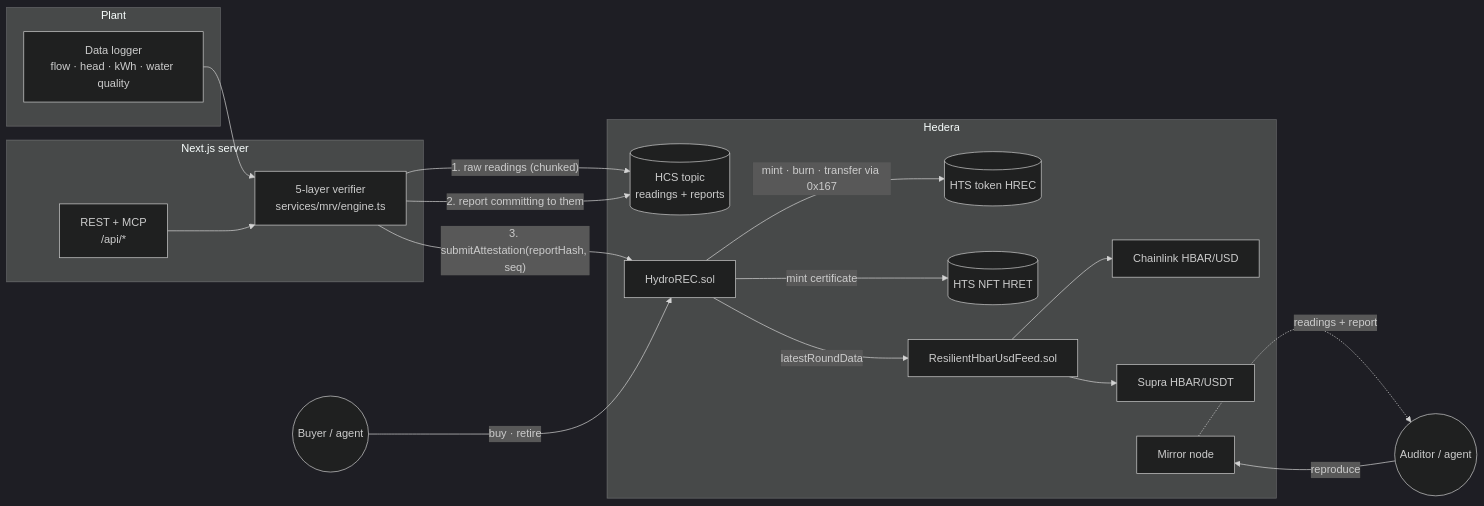
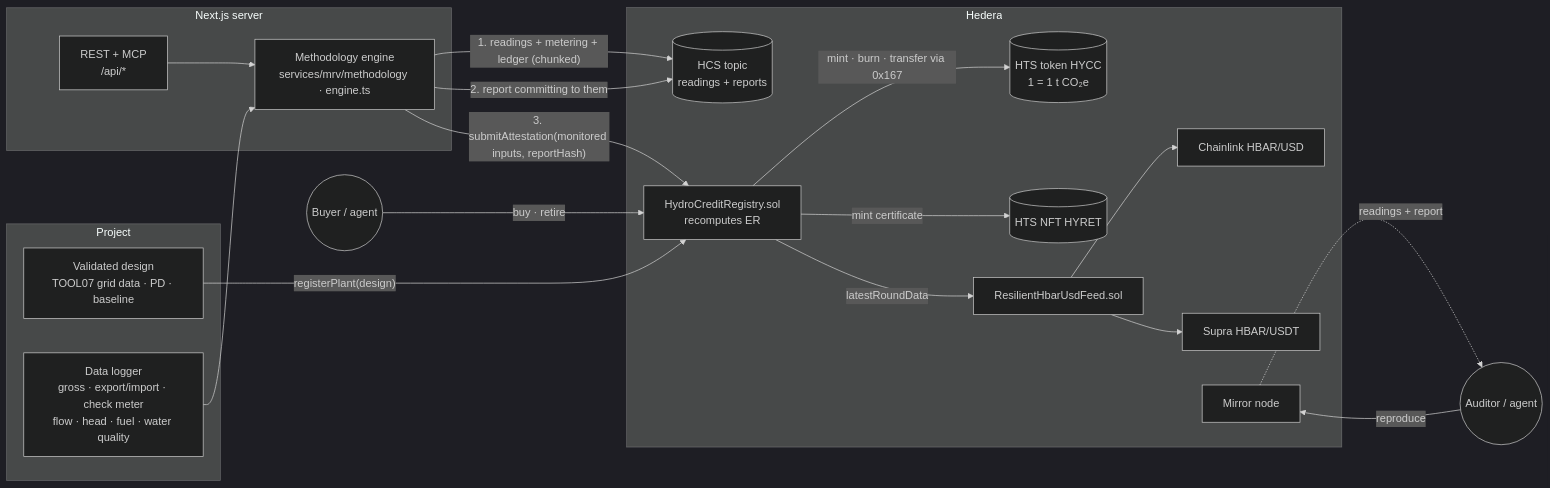
Before and after one commit to BikramBiswas786/Hedera-hydropower-dMRV-with-5-layer-verification-: the diagram in README.md, drawn with Mermaid (dark theme). The commit also changed other lines of this file and 85 other files, not shown here.

````diff
--- a/README.md
+++ b/README.md
@@ -60,33 +156,35 @@
 ```mermaid
 flowchart LR
-  subgraph Plant
-    SCADA[Data logger<br/>flow · head · kWh · water quality]
+  subgraph Project
+    DESIGN[Validated design<br/>TOOL07 grid data · PD · baseline]
+    LOGGER[Data logger<br/>gross · export/import · check meter<br/>flow · head · fuel · water quality]
   end
   subgraph Next.js server
-    ENGINE[5-layer verifier<br/>services/mrv/engine.ts]
+    ENGINE[Methodology engine<br/>services/mrv/methodology · engine.ts]
     API[REST + MCP<br/>/api/*]
   end
   subgraph Hedera
     HCS[(HCS topic<br/>readings + reports)]
-    REG[HydroREC.sol]
-    REC[(HTS token HREC)]
-    NFT[(HTS NFT HRET)]
+    REG[HydroCreditRegistry.sol<br/>recomputes ER]
+    TOK[(HTS token HYCC<br/>1 = 1 t CO₂e)]
+    NFT[(HTS NFT HYRET)]
     FEED[ResilientHbarUsdFeed.sol]
     CL[Chainlink HBAR/USD]
     SUP[Supra HBAR/USDT]
     MIRROR[Mirror node]
   end
-  SCADA --> ENGINE
+  DESIGN -- registerPlant(design) --> REG
+  LOGGER --> ENGINE
   API --> ENGINE
-  ENGINE -- 1. raw readings (chunked) --> HCS
+  ENGINE -- 1. readings + metering + ledger (chunked) --> HCS
   ENGINE -- 2. report committing to them --> HCS
-  ENGINE -- 3. submitAttestation(reportHash, seq) --> REG
-  REG -- mint · burn · transfer via 0x167 --> REC
+  ENGINE -- 3. submitAttestation(monitored inputs, reportHash) --> REG
+  REG -- mint · burn · transfer via 0x167 --> TOK
   REG -- mint certificate --> NFT
   REG -- latestRoundData --> FEED
   FEED --> CL
   FEED --> SUP
   Buyer((Buyer / agent)) -- buy · retire --> REG
   Auditor((Auditor / agent)) -- reproduce --> MIRROR
   MIRROR -. readings + report .-> Auditor
 ```
````
